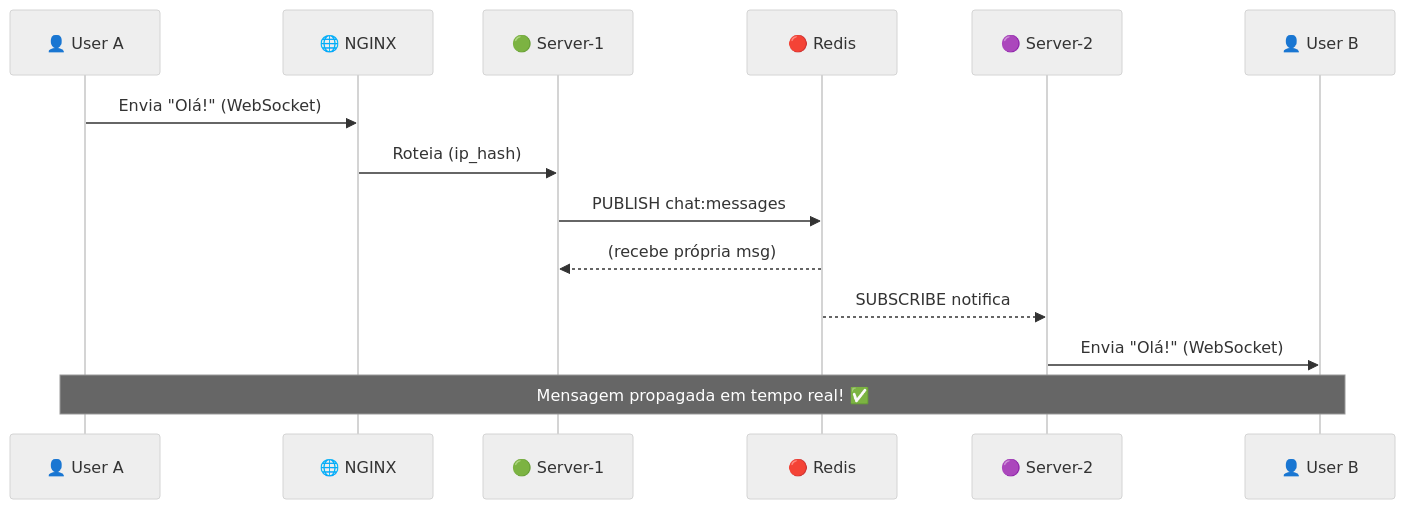
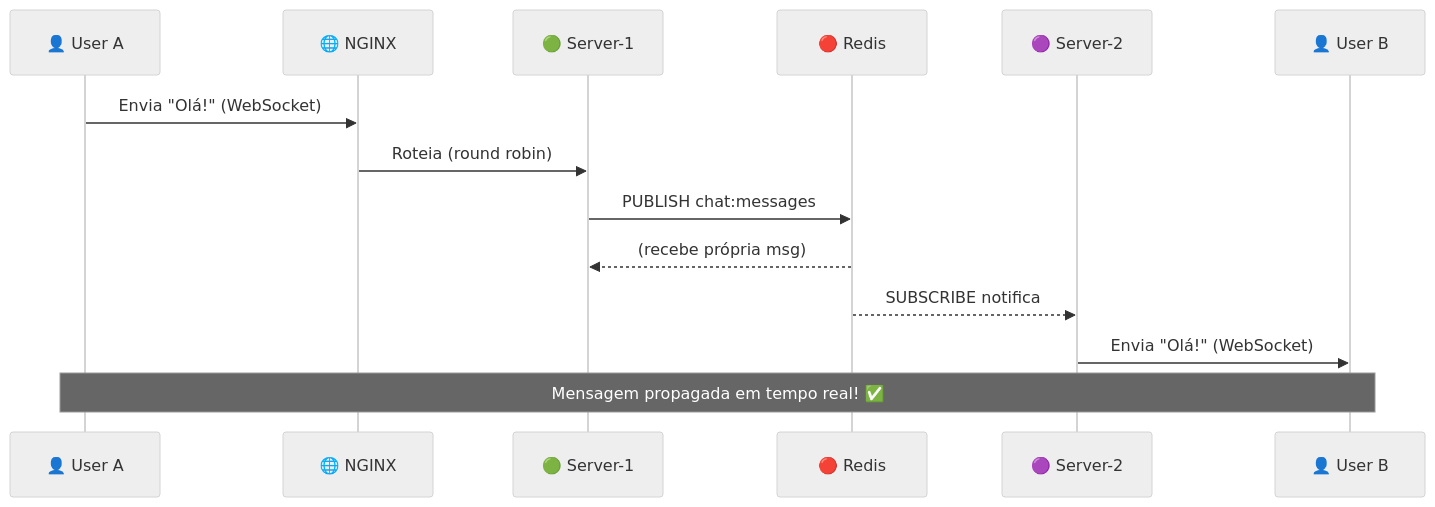
Before and after one commit to CristianoRC/Scaling-WebSockets-Horizontally: the first of 2 diagrams in README.md, drawn with Mermaid (neutral theme).

Commit message:
Altera algoritmo do Ngix na documentação

````diff
--- a/README.md
+++ b/README.md
@@ -67,18 +67,18 @@
 ```mermaid
 sequenceDiagram
     participant A as 👤 User A
     participant N as 🌐 NGINX
     participant S1 as 🟢 Server-1
     participant R as 🔴 Redis
     participant S2 as 🟣 Server-2
     participant B as 👤 User B
 
     A->>N: Envia "Olá!" (WebSocket)
-    N->>S1: Roteia (ip_hash)
+    N->>S1: Roteia (round robin)
     S1->>R: PUBLISH chat:messages
     R-->>S1: (recebe própria msg)
     R-->>S2: SUBSCRIBE notifica
     S2->>B: Envia "Olá!" (WebSocket)
     
     Note over A,B: Mensagem propagada em tempo real! ✅
 ```
````
